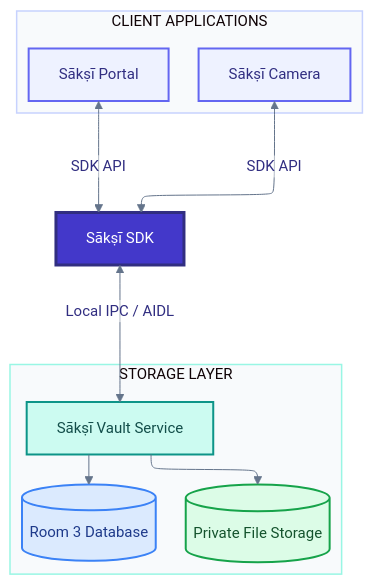
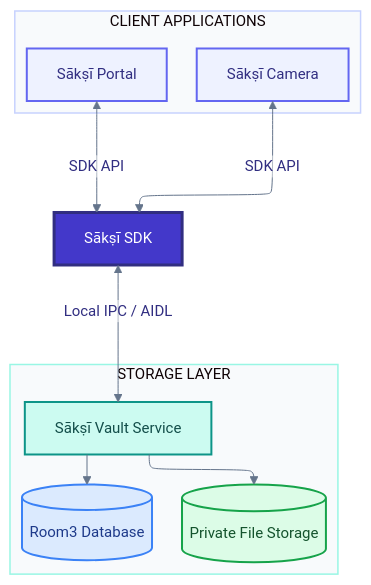
Before and after one commit to RajnishKMehta/Sakshi-All: the diagram in 00_docs/overview/ecosystem-overview.md, drawn with Mermaid.

Commit message:
Fix typo in database name in ecosystem overview

````diff
--- a/00_docs/overview/ecosystem-overview.md
+++ b/00_docs/overview/ecosystem-overview.md
@@ -17,68 +17,68 @@
 ```mermaid
 ---
 config:
   layout: elk
   theme: base
   themeVariables:
     background: "#F8FAFC"
     primaryColor: "#EEF2FF"
     primaryTextColor: "#312E81"
     primaryBorderColor: "#6366F1"
     secondaryColor: "#ECFDF5"
     secondaryTextColor: "#065F46"
     tertiaryColor: "#F0FDFA"
     lineColor: "#64748B"
     textColor: "#1E293B"
     edgeLabelBackground: "#FFFFFF"
     clusterBkg: "#F1F5F9"
     clusterBorder: "#CBD5E1"
     nodeTextColor: "#1E293B"
     fontSize: "15px"
     fontFamily: "Inter, Arial, sans-serif"
   flowchart:
     nodeSpacing: 65
     rankSpacing: 80
     diagramPadding: 24
     curve: basis
     htmlLabels: false
 ---
 flowchart TD
 
     subgraph Clients["CLIENT APPLICATIONS"]
         direction LR
         C["Sākṣī Camera"]
         P["Sākṣī Portal"]
     end
 
     SDK["Sākṣī SDK"]
 
     subgraph Storage["STORAGE LAYER"]
         direction LR
         V["Sākṣī Vault Service"]
-        DB[("Room 3 Database")]
+        DB[("Room3 Database")]
         FS[("Private File Storage")]
     end
 
     C <-->|SDK API| SDK
     P <-->|SDK API| SDK
 
     SDK <-->|Local IPC / AIDL| V
 
     V --> DB
     V --> FS
 
     classDef client fill:#EEF2FF,stroke:#6366F1,color:#312E81,stroke-width:2px
     classDef sdk fill:#4338CA,stroke:#312E81,color:#FFFFFF,stroke-width:3px
     classDef vault fill:#CCFBF1,stroke:#0D9488,color:#134E4A,stroke-width:2px
     classDef database fill:#DBEAFE,stroke:#3B82F6,color:#1E3A8A,stroke-width:2px
     classDef filesystem fill:#DCFCE7,stroke:#16A34A,color:#14532D,stroke-width:2px
 
     class C,P client
     class SDK sdk
     class V vault
     class DB database
     class FS filesystem
 
     style Clients fill:#F8FAFC,stroke:#C7D2FE,stroke-width:1.5px,color:#3730A3
     style Storage fill:#F8FAFC,stroke:#99F6E4,stroke-width:1.5px,color:#115E59
 ```
````
